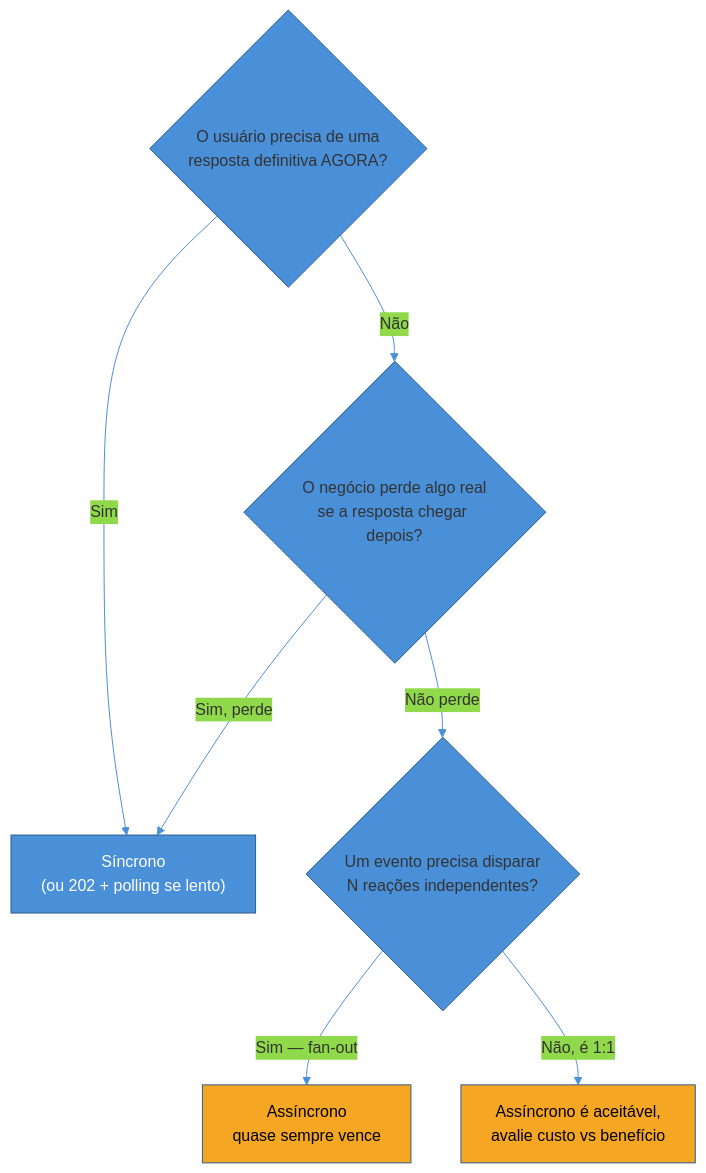
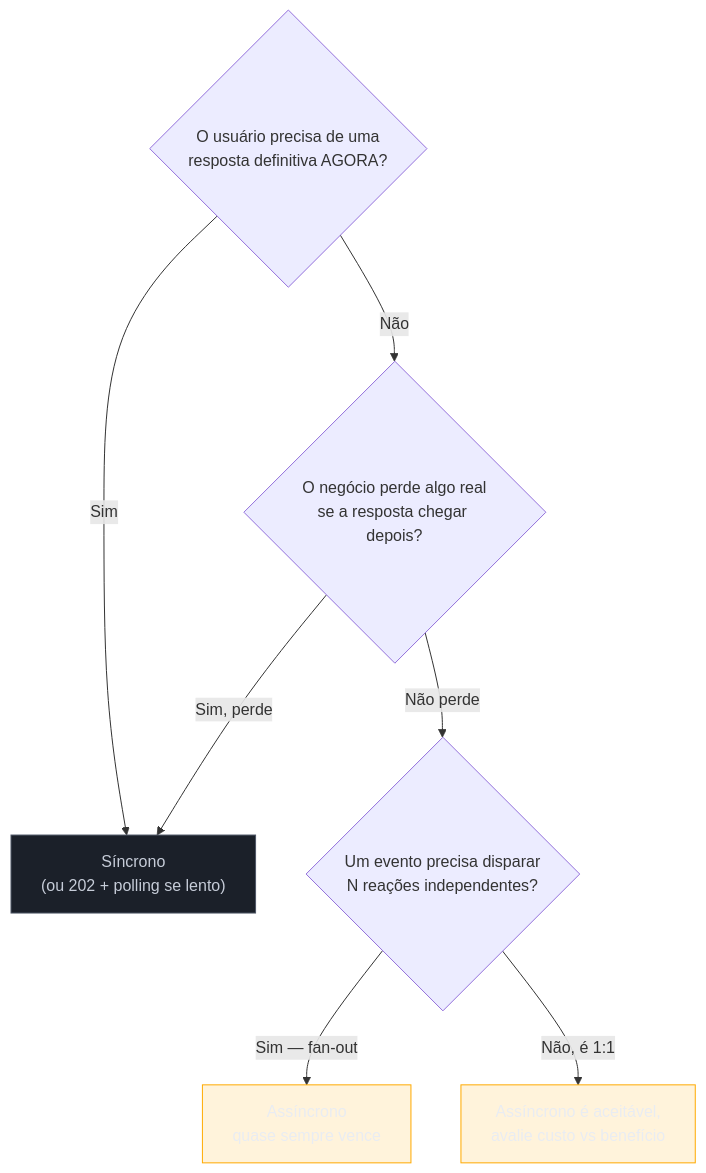
One commit to josenaldo/codex-technomanticus changed the second of 2 diagrams in 03-Dominios/Engenharia/Comunicação entre Sistemas/4 - Comunicação assíncrona/01 - Síncrono vs assíncrono — quando desacoplar.md. Above: the diagram before and after it, drawn with Mermaid. The commit also changed other lines of this file and 1181 other files, not shown here.

First line of the commit message:
fix(diagramas): paleta do sistema no lugar de cor cravada no markdown

````diff
--- a/03-Dominios/Engenharia/Comunicação entre Sistemas/4 - Comunicação assíncrona/01 - Síncrono vs assíncrono — quando desacoplar.md
+++ b/03-Dominios/Engenharia/Comunicação entre Sistemas/4 - Comunicação assíncrona/01 - Síncrono vs assíncrono — quando desacoplar.md
@@ -106,15 +108,16 @@
 ```mermaid
-%%{init: {"theme": "base", "themeVariables": {"primaryColor": "#4A90D9", "primaryBorderColor": "#2E5C8A", "lineColor": "#4A90D9"}}}%%
 flowchart TD
+    classDef neutro fill:#1B2029,stroke:#4E5666,color:#C6CCD8
+    classDef destaque fill:#FFAA0024,stroke:#FFAA00,color:#E9ECF2
     Q1{"O usuário precisa de uma<br/>resposta definitiva AGORA?"}
     Q1 -->|"Sim"| SYNC["Síncrono<br/>(ou 202 + polling se lento)"]
     Q1 -->|"Não"| Q2{"O negócio perde algo real<br/>se a resposta chegar depois?"}
     Q2 -->|"Sim, perde"| SYNC
     Q2 -->|"Não perde"| Q3{"Um evento precisa disparar<br/>N reações independentes?"}
     Q3 -->|"Sim — fan-out"| ASYNC["Assíncrono<br/>quase sempre vence"]
     Q3 -->|"Não, é 1:1"| ASYNC2["Assíncrono é aceitável,<br/>avalie custo vs benefício"]
 
-    style SYNC fill:#4A90D9,color:#fff
-    style ASYNC fill:#F5A623,color:#000
-    style ASYNC2 fill:#F5A623,color:#000
+    class SYNC neutro
+    class ASYNC destaque
+    class ASYNC2 destaque
 ```
````
